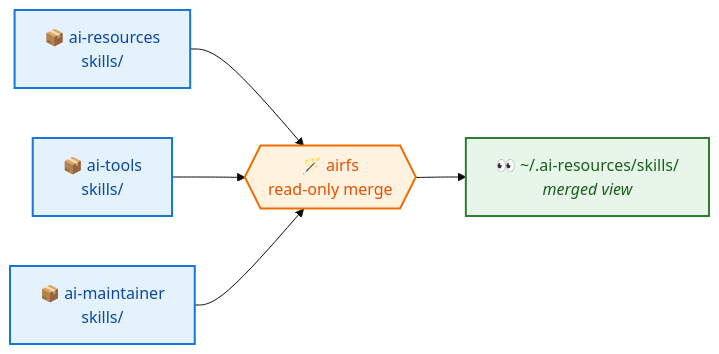
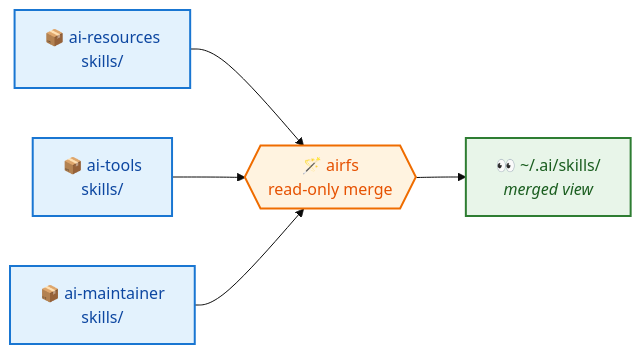
One commit to sylvanld/airfs changed the first of 2 diagrams in docs/index.md. Above: the diagram before and after it, drawn with Mermaid (base theme). The commit also changed other lines of this file and 10 other files, not shown here.

````diff
--- a/docs/index.md
+++ b/docs/index.md
@@ -36,19 +36,19 @@
 ```mermaid
 flowchart LR
     A["📦 ai-resources<br/>skills/"]:::src
     B["📦 ai-tools<br/>skills/"]:::src
     C["📦 ai-maintainer<br/>skills/"]:::src
 
     M{{"🪄 airfs<br/>read-only merge"}}:::mid
 
-    V["👀 ~/.ai-resources/skills/<br/><i>merged view</i>"]:::out
+    V["👀 ~/.ai/skills/<br/><i>merged view</i>"]:::out
 
     A --> M
     B --> M
     C --> M
     M --> V
 
     classDef src fill:#e3f2fd,stroke:#1976d2,stroke-width:2px,color:#0d47a1
     classDef mid fill:#fff3e0,stroke:#ef6c00,stroke-width:2px,color:#e65100
     classDef out fill:#e8f5e9,stroke:#2e7d32,stroke-width:2px,color:#1b5e20
 ```
````
